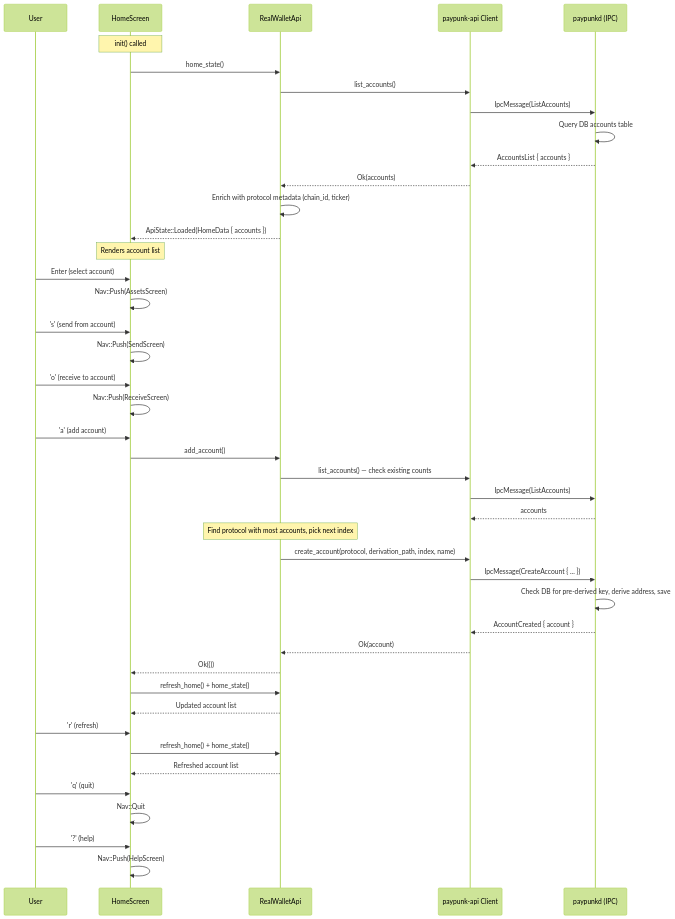
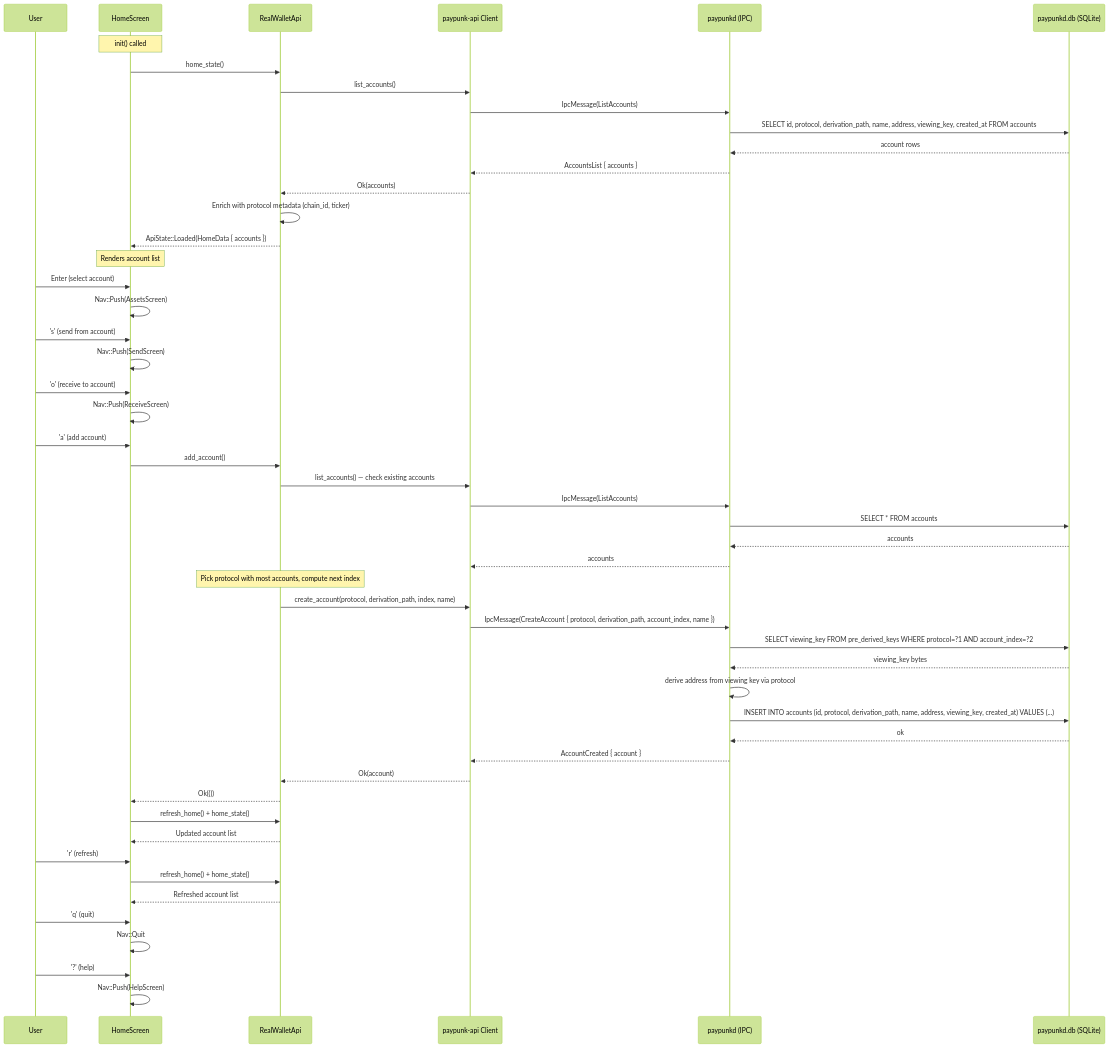
One commit to blockhackersio/paypunk changed the first of 2 diagrams in tui/docs/usecases/04-home.md. Above: the diagram before and after it, drawn with Mermaid (forest theme). The commit also changed other lines of this file and 9 other files, not shown here.

````diff
--- a/tui/docs/usecases/04-home.md
+++ b/tui/docs/usecases/04-home.md
@@ -7,54 +11,62 @@
 ```mermaid
 sequenceDiagram
     participant U as User
     participant TUI as HomeScreen
     participant API as RealWalletApi
     participant Client as paypunk-api Client
     participant paypunkd as paypunkd (IPC)
+    participant SQLite as paypunkd.db (SQLite)
 
     Note over TUI: init() called
     TUI->>API: home_state()
     API->>Client: list_accounts()
     Client->>paypunkd: IpcMessage(ListAccounts)
-    paypunkd->>paypunkd: Query DB accounts table
+    paypunkd->>SQLite: SELECT id, protocol, derivation_path, name, address, viewing_key, created_at FROM accounts
+    SQLite-->>paypunkd: account rows
     paypunkd-->>Client: AccountsList { accounts }
     Client-->>API: Ok(accounts)
     API->>API: Enrich with protocol metadata (chain_id, ticker)
     API-->>TUI: ApiState::Loaded(HomeData { accounts })
 
     Note over TUI: Renders account list
 
     U->>TUI: Enter (select account)
     TUI->>TUI: Nav::Push(AssetsScreen)
 
     U->>TUI: 's' (send from account)
     TUI->>TUI: Nav::Push(SendScreen)
 
     U->>TUI: 'o' (receive to account)
     TUI->>TUI: Nav::Push(ReceiveScreen)
 
     U->>TUI: 'a' (add account)
     TUI->>API: add_account()
-    API->>Client: list_accounts() — check existing counts
+    API->>Client: list_accounts() — check existing accounts
     Client->>paypunkd: IpcMessage(ListAccounts)
+    paypunkd->>SQLite: SELECT * FROM accounts
+    SQLite-->>paypunkd: accounts
     paypunkd-->>Client: accounts
-    Note over API: Find protocol with most accounts, pick next index
+    Note over API: Pick protocol with most accounts, compute next index
     API->>Client: create_account(protocol, derivation_path, index, name)
-    Client->>paypunkd: IpcMessage(CreateAccount { ... })
-    paypunkd->>paypunkd: Check DB for pre-derived key, derive address, save
+    Client->>paypunkd: IpcMessage(CreateAccount { protocol, derivation_path, account_index, name })
+    paypunkd->>SQLite: SELECT viewing_key FROM pre_derived_keys WHERE protocol=?1 AND account_index=?2
+    SQLite-->>paypunkd: viewing_key bytes
+    paypunkd->>paypunkd: derive address from viewing key via protocol
+    paypunkd->>SQLite: INSERT INTO accounts (id, protocol, derivation_path, name, address, viewing_key, created_at) VALUES (...)
+    SQLite-->>paypunkd: ok
     paypunkd-->>Client: AccountCreated { account }
     Client-->>API: Ok(account)
     API-->>TUI: Ok(())
     TUI->>API: refresh_home() + home_state()
     API-->>TUI: Updated account list
 
     U->>TUI: 'r' (refresh)
     TUI->>API: refresh_home() + home_state()
     API-->>TUI: Refreshed account list
 
     U->>TUI: 'q' (quit)
     TUI->>TUI: Nav::Quit
 
     U->>TUI: '?' (help)
     TUI->>TUI: Nav::Push(HelpScreen)
 ```
````
